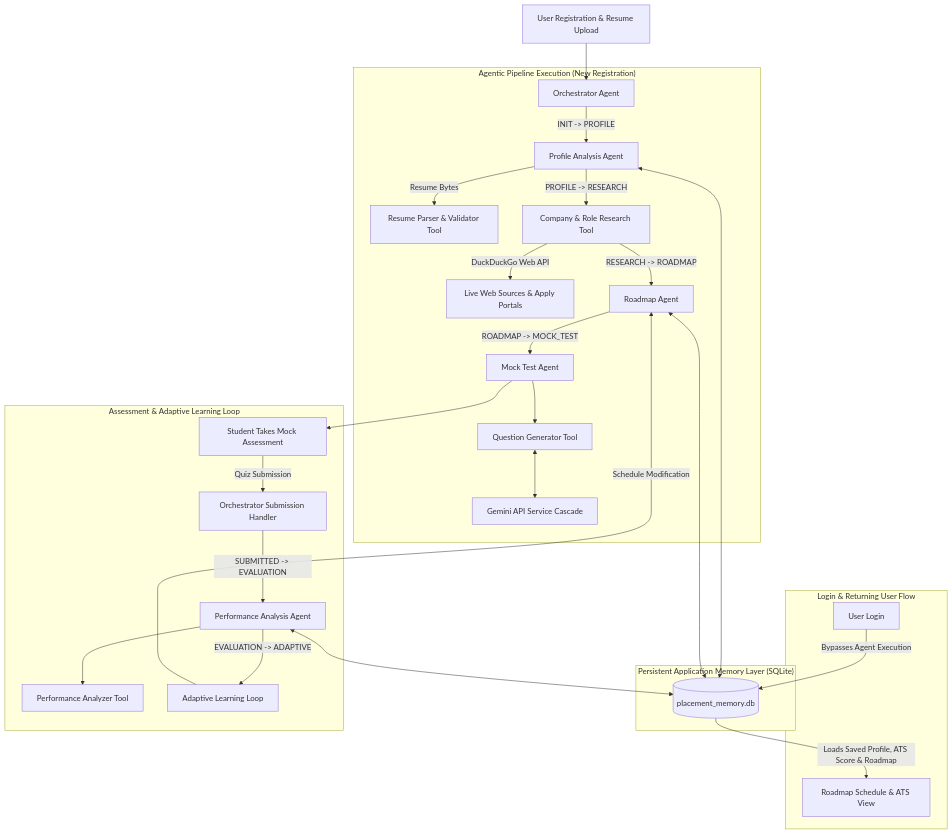
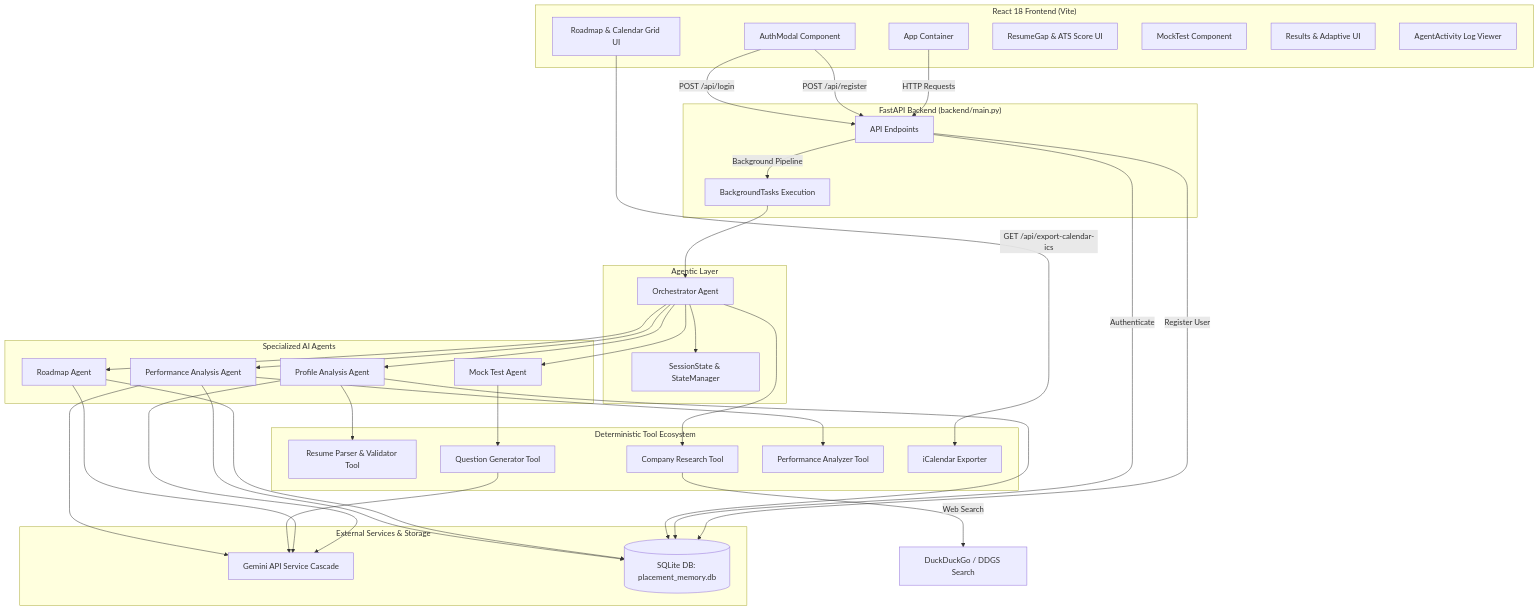
One commit to Karuppasamy654/ioc_placement changed the diagram in README.md. Above: the diagram before and after it, drawn with Mermaid. The commit also changed other lines of this file and 1 other file, not shown here.

Commit message:
docs: Rewrite README.md as complete technical project documentation and clean up active Gemini models

````diff
--- a/README.md
+++ b/README.md
@@ -121,39 +83,76 @@
 ```mermaid
-graph TD
-    A[User Registration & Resume Upload] --> B[Orchestrator Agent]
-    
-    subgraph "Persistent Application Memory Layer (SQLite)"
-        DB[(placement_memory.db)]
+flowchart TD
+    subgraph Frontend ["React 18 Frontend (Vite)"]
+        UI[App Container]
+        AuthModal[AuthModal Component]
+        RoadmapUI[Roadmap & Calendar Grid UI]
+        ResumeUI[ResumeGap & ATS Score UI]
+        TestUI[MockTest Component]
+        ResultUI[Results & Adaptive UI]
+        AgentUI[AgentActivity Log Viewer]
     end
 
-    subgraph "Agentic Pipeline Execution (New Registration)"
-        B -->|INIT -> PROFILE| C[Profile Analysis Agent]
-        C <--> DB
-        C -->|Resume Bytes| T1[Resume Parser & Validator Tool]
-        
-        C -->|PROFILE -> RESEARCH| D[Company & Role Research Tool]
-        D -->|DuckDuckGo Web API| W[Live Web Sources & Apply Portals]
-        
-        D -->|RESEARCH -> ROADMAP| E[Roadmap Agent]
-        E <--> DB
-        
-        E -->|ROADMAP -> MOCK_TEST| F[Mock Test Agent]
-        F --> T2[Question Generator Tool]
-        T2 <--> G[Gemini API Service Cascade]
+    subgraph Backend ["FastAPI Backend (backend/main.py)"]
+        API[API Endpoints]
+        BG[BackgroundTasks Execution]
     end
 
-    subgraph "Login & Returning User Flow"
-        L[User Login] -->|Bypasses Agent Execution| DB
-        DB -->|Loads Saved Profile, ATS Score & Roadmap| R[Roadmap Schedule & ATS View]
+    subgraph Orchestration ["Agentic Layer"]
+        Orchestrator[Orchestrator Agent]
+        State[SessionState & StateManager]
     end
 
-    subgraph "Assessment & Adaptive Learning Loop"
-        F --> H[Student Takes Mock Assessment]
-        H -->|Quiz Submission| B2[Orchestrator Submission Handler]
-        B2 -->|SUBMITTED -> EVALUATION| I[Performance Analysis Agent]
-        I --> T3[Performance Analyzer Tool]
-        I <--> DB
-        I -->|EVALUATION -> ADAPTIVE| J[Adaptive Learning Loop]
-        J -->|Schedule Modification| E
+    subgraph Agents ["Specialized AI Agents"]
+        ProfileAgent[Profile Analysis Agent]
+        RoadmapAgent[Roadmap Agent]
+        MockAgent[Mock Test Agent]
+        PerfAgent[Performance Analysis Agent]
     end
+
+    subgraph Tools ["Deterministic Tool Ecosystem"]
+        ResumeTool[Resume Parser & Validator Tool]
+        ResearchTool[Company Research Tool]
+        QuestionTool[Question Generator Tool]
+        PerfTool[Performance Analyzer Tool]
+        ICSTool[iCalendar Exporter]
+    end
+
+    subgraph Services ["External Services & Storage"]
+        Gemini[Gemini API Service Cascade]
+        DB[(SQLite DB: placement_memory.db)]
+    end
+
+    UI -->|HTTP Requests| API
+    AuthModal -->|POST /api/register| API
+    AuthModal -->|POST /api/login| API
+
+    API -->|Register User| DB
+    API -->|Authenticate| DB
+    API -->|Background Pipeline| BG
+    BG --> Orchestrator
+
+    Orchestrator --> State
+    Orchestrator --> ProfileAgent
+    Orchestrator --> ResearchTool
+    Orchestrator --> RoadmapAgent
+    Orchestrator --> MockAgent
+    Orchestrator --> PerfAgent
+
+    ProfileAgent --> ResumeTool
+    ProfileAgent --> Gemini
+    ProfileAgent --> DB
+
+    ResearchTool -->|Web Search| W[DuckDuckGo / DDGS Search]
+
+    RoadmapAgent --> Gemini
+    RoadmapAgent --> DB
+
+    MockAgent --> QuestionTool
+    QuestionTool --> Gemini
+
+    PerfAgent --> PerfTool
+    PerfAgent --> Gemini
+    PerfAgent --> DB
+
+    RoadmapUI -->|GET /api/export-calendar-ics| ICSTool
 ```
````
